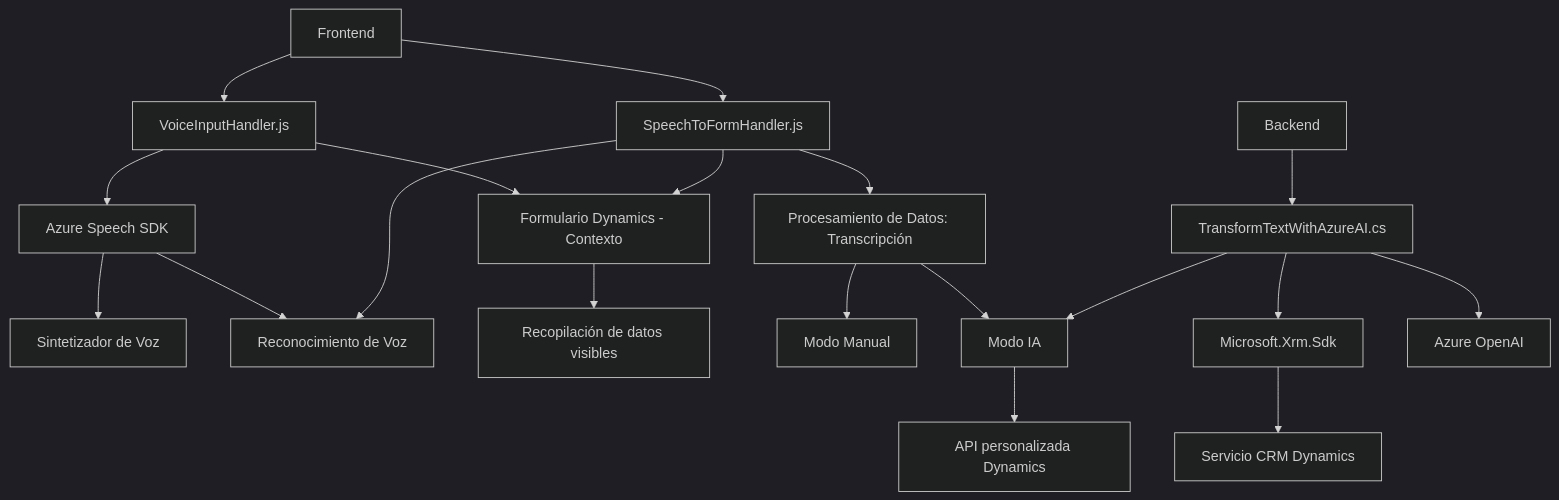
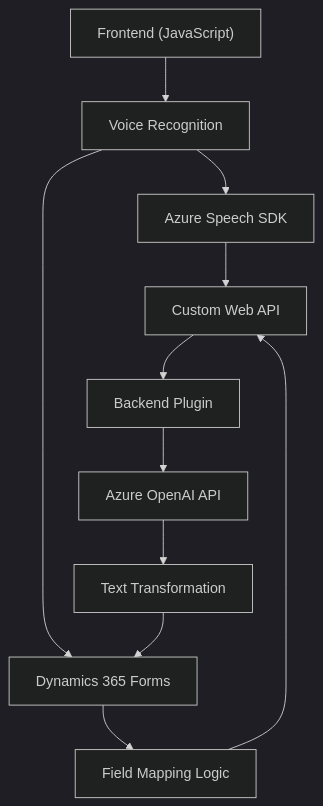
Before and after one commit to blopezdm/NETCORE_BILBAO2025: the diagram in README.md, drawn with Mermaid (dark theme). The commit also changed other lines of this file, not shown here.

````diff
--- a/README.md
+++ b/README.md
@@ -33,24 +60,13 @@
 ```mermaid
 graph TD
-    A["VoiceInputHandler.js"] --> B["Azure Speech SDK"]
-    A --> C["Formulario Dynamics - Contexto"]
-    B --> D["Sintetizador de Voz"]
-    B --> E["Reconocimiento de Voz"]
-    C --> F["Recopilación de datos visibles"]
-
-    G["SpeechToFormHandler.js"] --> E
-    G --> C
-    G --> H["Procesamiento de Datos: Transcripción"]
-    H --> I["Modo Manual"]
-    H --> J["Modo IA"]
-    J --> K["API personalizada Dynamics"]
-
-    L["TransformTextWithAzureAI.cs"] --> M["Microsoft.Xrm.Sdk"]
-    L --> J
-    M --> N["Servicio CRM Dynamics"]
-    L --> O["Azure OpenAI"]
-
-    P["Frontend"] --> A
-    P --> G
-    Q["Backend"] --> L
+    A["Frontend (JavaScript)"] --> B["Voice Recognition"]
+    B --> C["Azure Speech SDK"]
+    B --> D["Dynamics 365 Forms"]
+    D --> E["Field Mapping Logic"]
+    E --> F["Custom Web API"]
+    F --> G["Backend Plugin"]
+    G --> H["Azure OpenAI API"]
+    H --> I["Text Transformation"]
+    I --> D
+    C --> F
 ```
````
